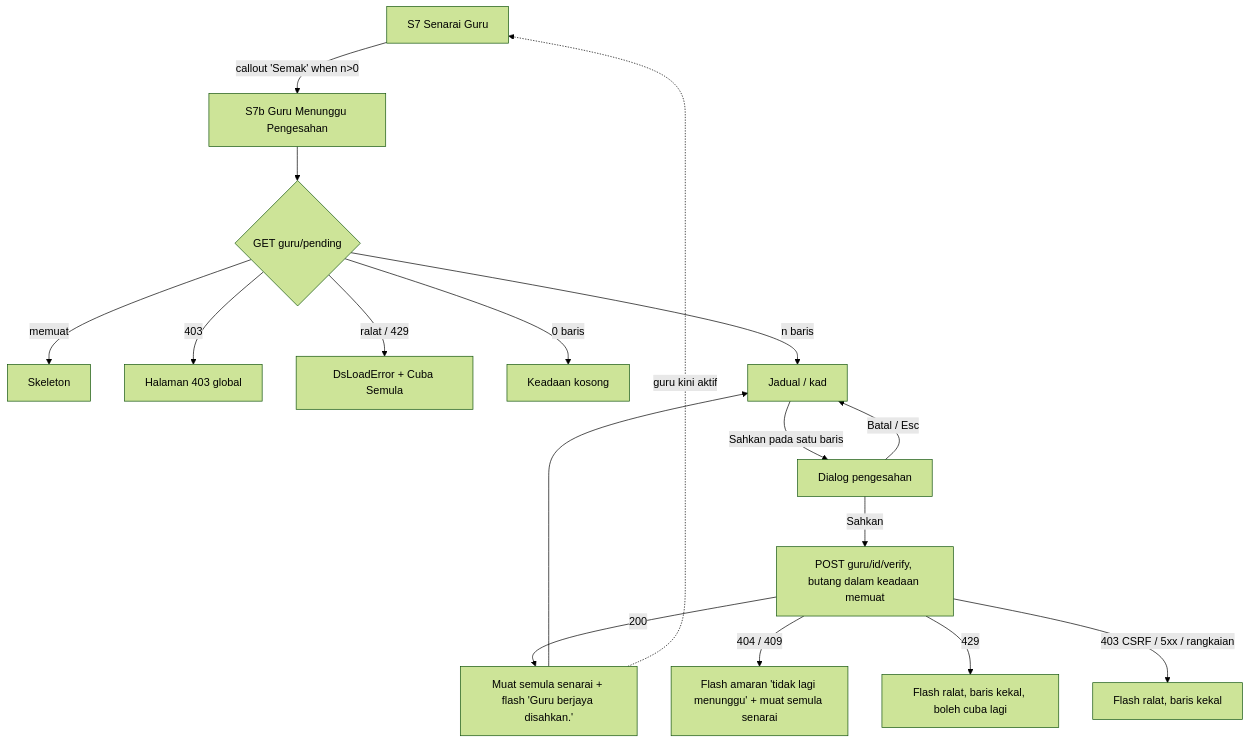
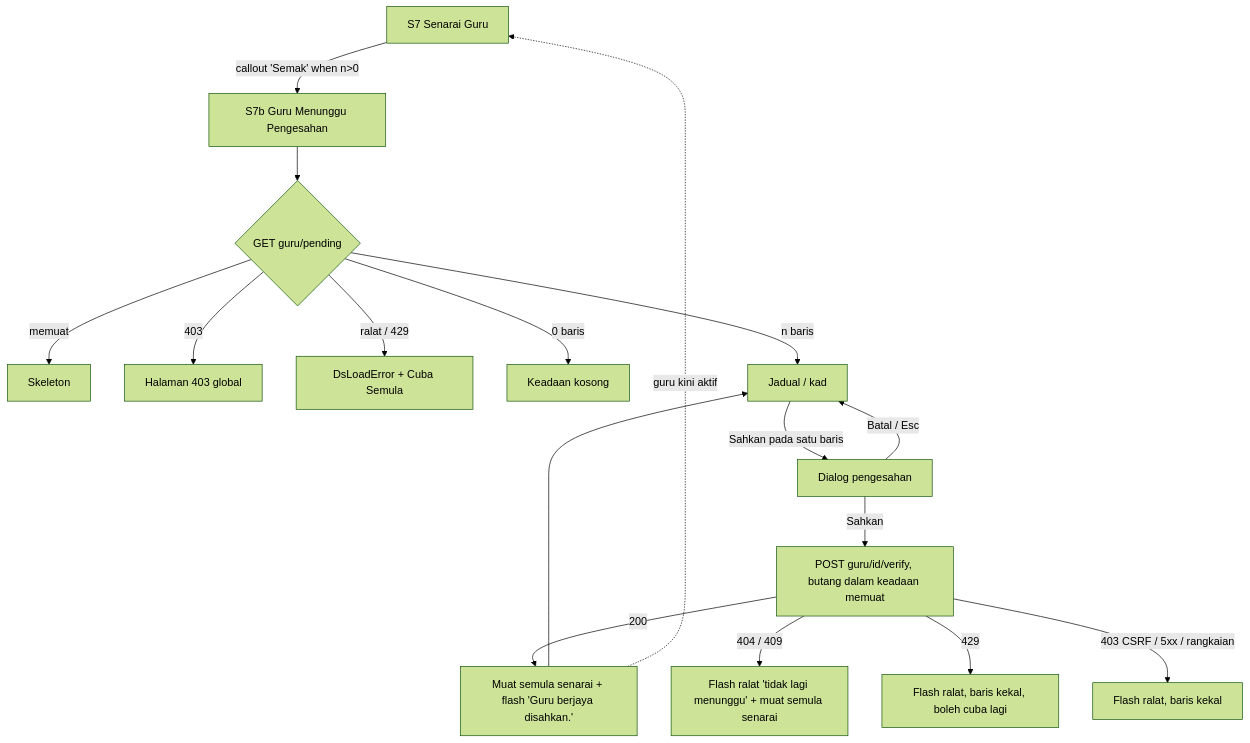
One commit to amin-kerja-orang/prestasiplus changed the diagram in docs/design/m27-pending-teacher-verify.md. Above: the diagram before and after it, drawn with Mermaid (forest theme). The commit also changed other lines of this file and 5 other files, not shown here.

````diff
--- a/docs/design/m27-pending-teacher-verify.md
+++ b/docs/design/m27-pending-teacher-verify.md
@@ -50,19 +50,19 @@
 ```mermaid
 flowchart TD
   S7[S7 Senarai Guru] -->|callout 'Semak' when n>0| S7b[S7b Guru Menunggu Pengesahan]
   S7b --> L{GET guru/pending}
   L -->|memuat| LD[Skeleton]
   L -->|403| E403[Halaman 403 global]
   L -->|ralat / 429| ER[DsLoadError + Cuba Semula]
   L -->|0 baris| EM[Keadaan kosong]
   L -->|n baris| T[Jadual / kad]
   T -->|Sahkan pada satu baris| C[Dialog pengesahan]
   C -->|Batal / Esc| T
   C -->|Sahkan| P[POST guru/id/verify, butang dalam keadaan memuat]
   P -->|200| OK[Muat semula senarai + flash 'Guru berjaya disahkan.']
-  P -->|404 / 409| GONE[Flash amaran 'tidak lagi menunggu' + muat semula senarai]
+  P -->|404 / 409| GONE[Flash ralat 'tidak lagi menunggu' + muat semula senarai]
   P -->|429| RL[Flash ralat, baris kekal, boleh cuba lagi]
   P -->|403 CSRF / 5xx / rangkaian| FE[Flash ralat, baris kekal]
   OK --> T
   OK -. guru kini aktif .-> S7
 ```
````
